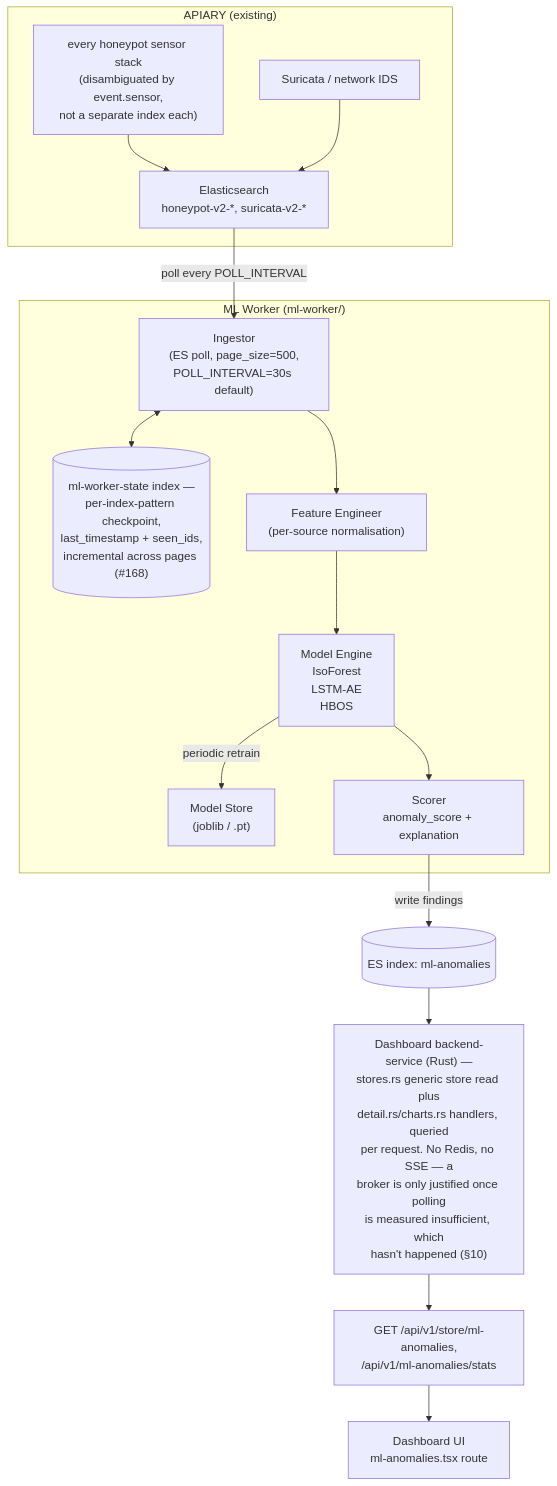
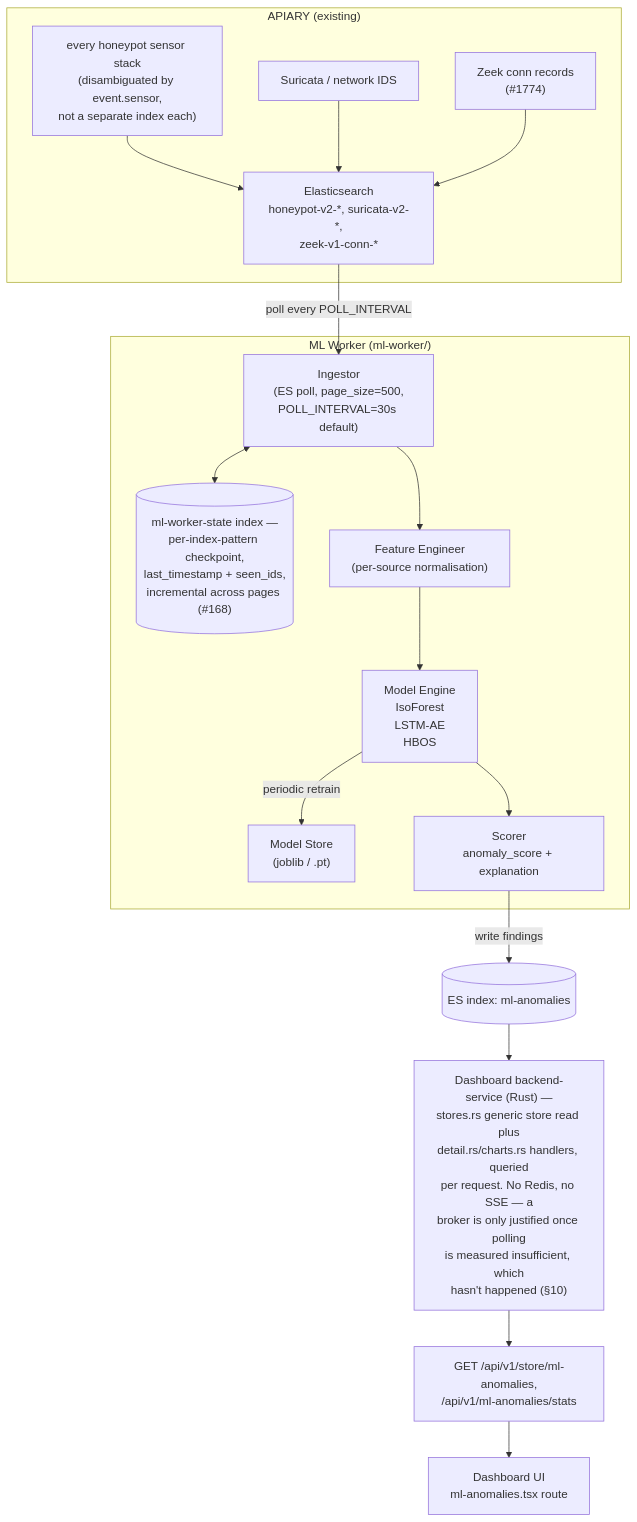
Before and after one commit to Xore/APIARY: the diagram in docs/ml-worker-plan.md, drawn with Mermaid. The commit also changed other lines of this file and 84 other files, not shown here.

First line of the commit message:
docs: reconcile 43 markdown files with the current repository state, and gate diagram/link rot (#3398)

````diff
--- a/docs/ml-worker-plan.md
+++ b/docs/ml-worker-plan.md
@@ -115,33 +127,35 @@
 ```mermaid
 flowchart TD
     subgraph Stack["APIARY (existing)"]
         Sensors["every honeypot sensor stack<br/>(disambiguated by event.sensor,<br/>not a separate index each)"]
         Suricata["Suricata / network IDS"]
-        ES["Elasticsearch<br/>honeypot-v2-*, suricata-v2-*"]
+        Zeek["Zeek conn records<br/>(#1774)"]
+        ES["Elasticsearch<br/>honeypot-v2-*, suricata-v2-*,<br/>zeek-v1-conn-*"]
         Sensors --> ES
         Suricata --> ES
+        Zeek --> ES
     end
 
     subgraph Worker["ML Worker (ml-worker/)"]
         Ingestor["Ingestor<br/>(ES poll, page_size=500,<br/>POLL_INTERVAL=30s default)"]
         Checkpoint[("ml-worker-state index —<br/>per-index-pattern checkpoint,<br/>last_timestamp + seen_ids,<br/>incremental across pages (#168)")]
         FeatureEng["Feature Engineer<br/>(per-source normalisation)"]
         ModelEngine["Model Engine<br/>IsoForest<br/>LSTM-AE<br/>HBOS"]
         ModelStore["Model Store<br/>(joblib / .pt)"]
         Scorer["Scorer<br/>anomaly_score + explanation"]
 
         Ingestor <--> Checkpoint
         Ingestor --> FeatureEng --> ModelEngine
         ModelEngine -->|periodic retrain| ModelStore
         ModelEngine --> Scorer
     end
 
     MLIndex[("ES index: ml-anomalies")]
     DashboardBackend["Dashboard backend-service (Rust) —<br/>stores.rs generic store read plus<br/>detail.rs/charts.rs handlers, queried<br/>per request. No Redis, no SSE — a<br/>broker is only justified once polling<br/>is measured insufficient, which<br/>hasn't happened (§10)"]
     DashboardAPI["GET /api/v1/store/ml-anomalies,<br/>/api/v1/ml-anomalies/stats"]
     DashboardUI["Dashboard UI<br/>ml-anomalies.tsx route"]
 
     ES -->|"poll every POLL_INTERVAL"| Ingestor
     Scorer -->|write findings| MLIndex
     MLIndex --> DashboardBackend --> DashboardAPI --> DashboardUI
 ```
````
